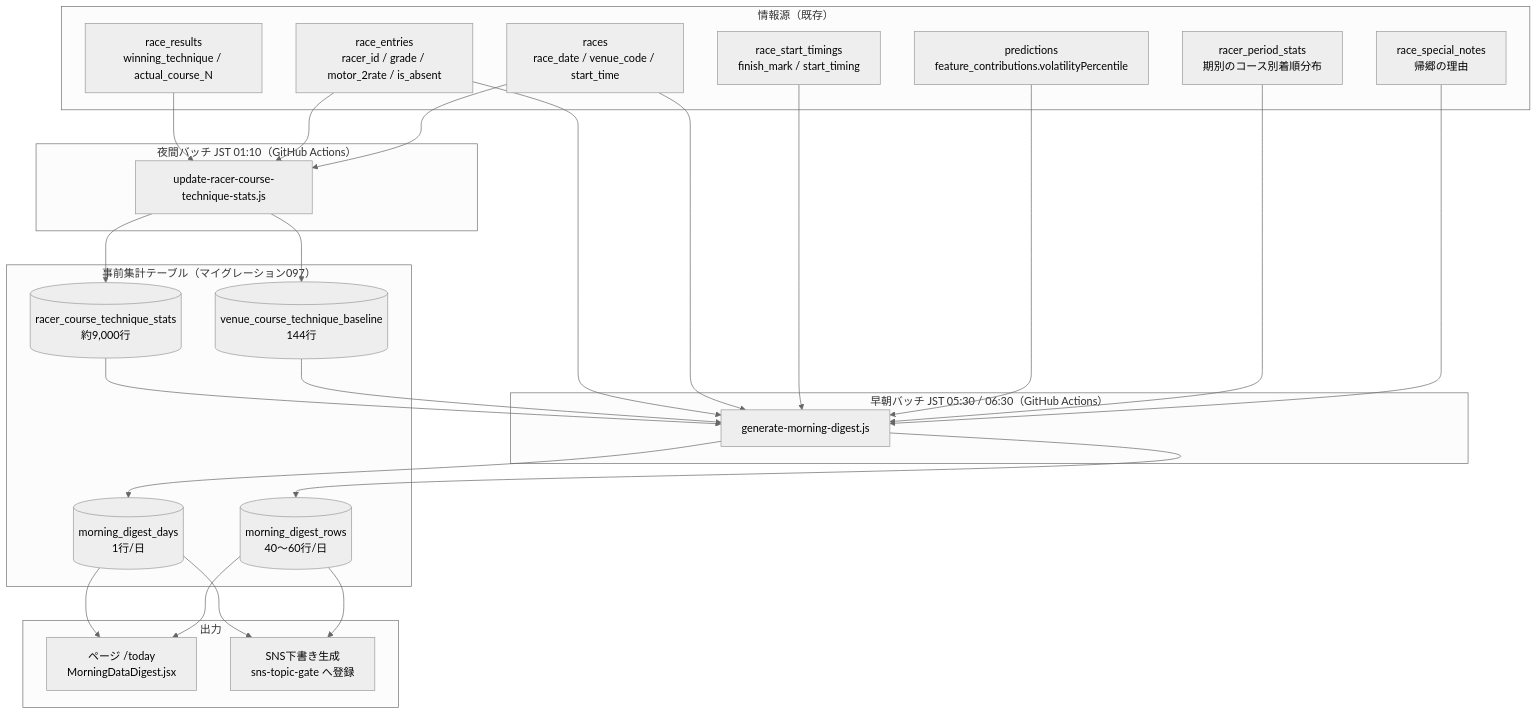
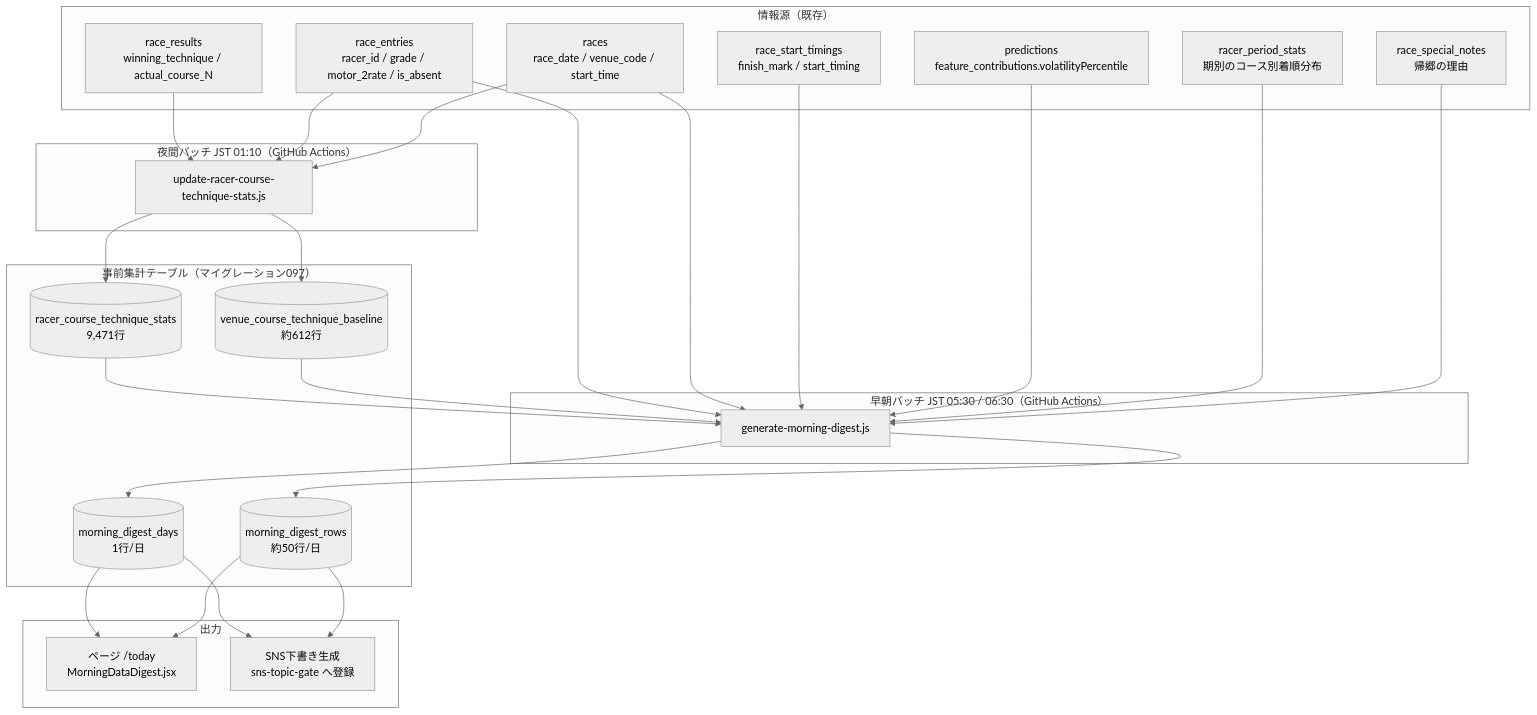
One commit to rhapsody0919/boatrace-ai-predictor changed the first of 2 diagrams in docs/design/morning-data-digest/plan.md. Above: the diagram before and after it, drawn with Mermaid (neutral theme). The commit also changed other lines of this file and 6 other files, not shown here.

````diff
--- a/docs/design/morning-data-digest/plan.md
+++ b/docs/design/morning-data-digest/plan.md
@@ -15,55 +15,55 @@
 ```mermaid
 flowchart TB
     subgraph src["情報源（既存）"]
         RR[race_results<br/>winning_technique / actual_course_N]
         RE[race_entries<br/>racer_id / grade / motor_2rate / is_absent]
         RA[races<br/>race_date / venue_code / start_time]
         ST[race_start_timings<br/>finish_mark / start_timing]
         PR[predictions<br/>feature_contributions.volatilityPercentile]
         RPS[racer_period_stats<br/>期別のコース別着順分布]
         SN[race_special_notes<br/>帰郷の理由]
     end
 
     subgraph B1["夜間バッチ JST 01:10（GitHub Actions）"]
         UB[update-racer-course-technique-stats.js]
     end
 
     subgraph B2["早朝バッチ JST 05:30 / 06:30（GitHub Actions）"]
         GD[generate-morning-digest.js]
     end
 
     subgraph tbl["事前集計テーブル（マイグレーション097）"]
-        VB[(venue_course_technique_baseline<br/>144行)]
-        RCT[(racer_course_technique_stats<br/>約9,000行)]
+        VB[(venue_course_technique_baseline<br/>約612行)]
+        RCT[(racer_course_technique_stats<br/>9,471行)]
         MDD[(morning_digest_days<br/>1行/日)]
-        MDR[(morning_digest_rows<br/>40〜60行/日)]
+        MDR[(morning_digest_rows<br/>約50行/日)]
     end
 
     subgraph out["出力"]
         WEB[ページ /today<br/>MorningDataDigest.jsx]
         SNS[SNS下書き生成<br/>sns-topic-gate へ登録]
     end
 
     RR --> UB
     RE --> UB
     RA --> UB
     UB --> VB
     UB --> RCT
 
     RCT --> GD
     VB --> GD
     RE --> GD
     RA --> GD
     ST --> GD
     PR --> GD
     RPS --> GD
     SN --> GD
 
     GD --> MDD
     GD --> MDR
 
     MDD --> WEB
     MDR --> WEB
     MDD --> SNS
     MDR --> SNS
 ```
````
